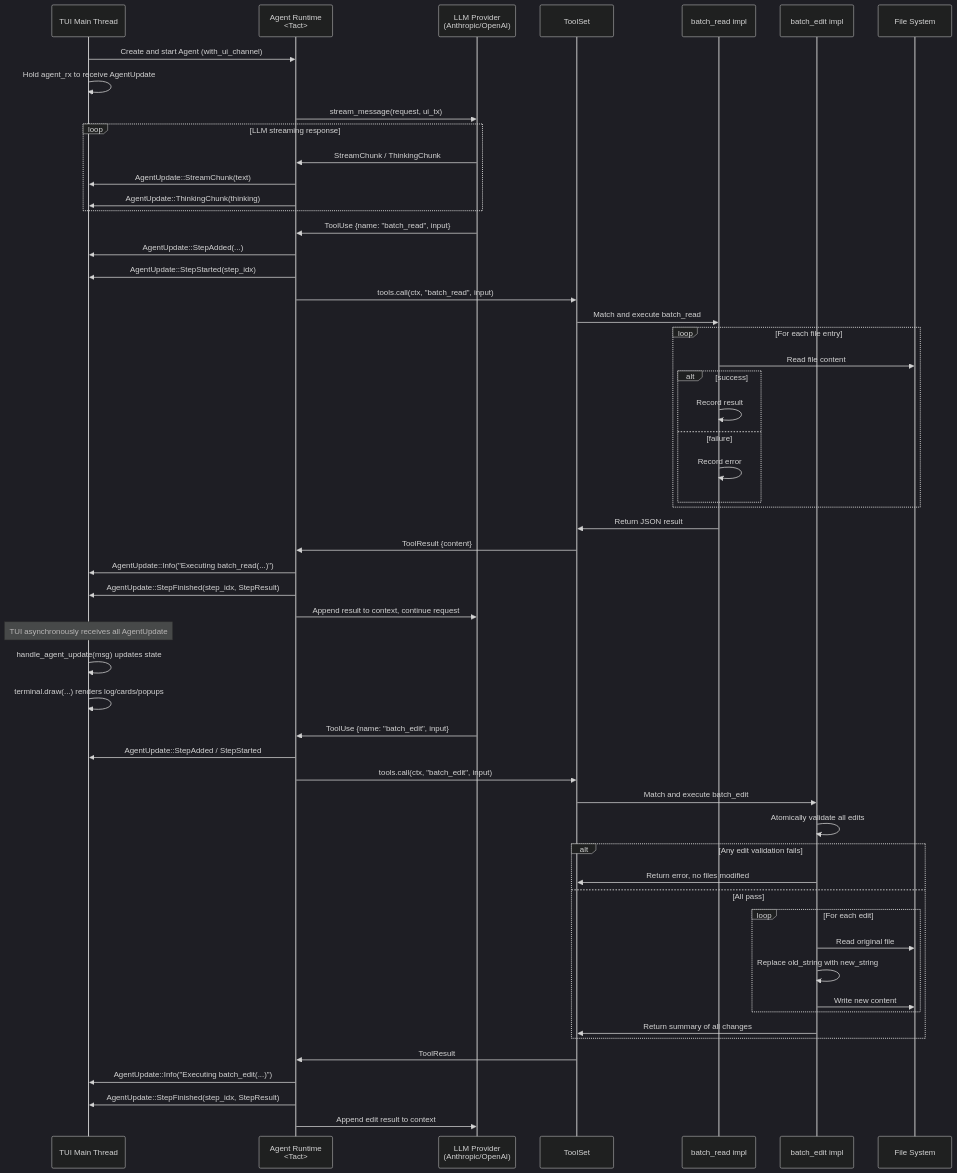
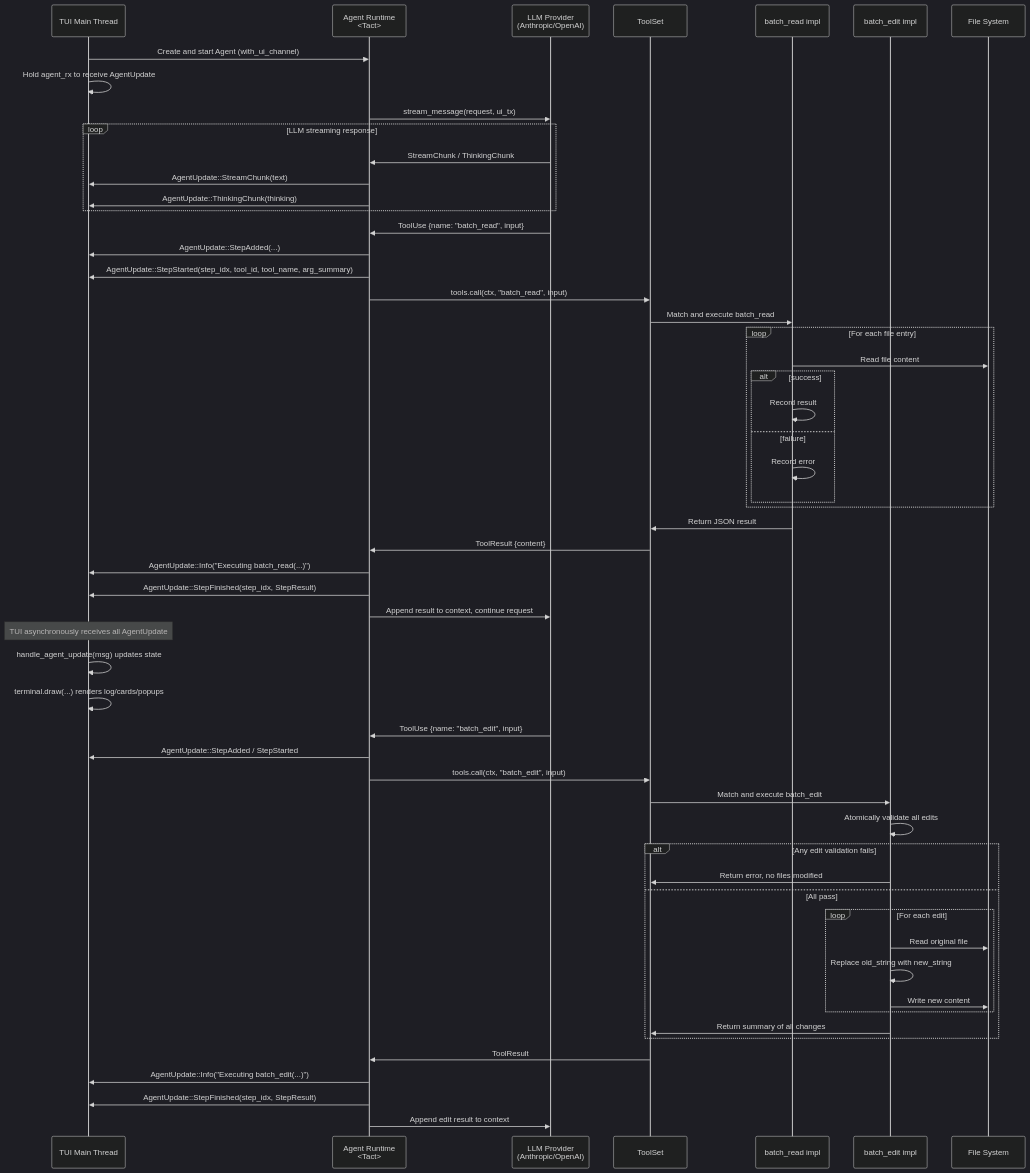
Before and after one commit to rust-infra/tact: the first of 6 diagrams in docs/batch_tools_flow.md, drawn with Mermaid (dark theme). The commit also changed other lines of this file and 10 other files, not shown here.

````diff
--- a/docs/batch_tools_flow.md
+++ b/docs/batch_tools_flow.md
@@ -11,73 +12,73 @@
 ```mermaid
 sequenceDiagram
     participant TUI as TUI Main Thread
     participant Agent as Agent Runtime<br/><Tact>
     participant LLM as LLM Provider<br/>(Anthropic/OpenAI)
     participant Toolset as ToolSet
     participant BatchRead as batch_read impl
     participant BatchEdit as batch_edit impl
     participant FS as File System
 
     TUI->>Agent: Create and start Agent (with_ui_channel)
     TUI->>TUI: Hold agent_rx to receive AgentUpdate
 
     Agent->>LLM: stream_message(request, ui_tx)
 
     loop LLM streaming response
         LLM->>Agent: StreamChunk / ThinkingChunk
         Agent->>TUI: AgentUpdate::StreamChunk(text)
         Agent->>TUI: AgentUpdate::ThinkingChunk(thinking)
     end
 
     LLM->>Agent: ToolUse {name: "batch_read", input}
     Agent->>TUI: AgentUpdate::StepAdded(...)
-    Agent->>TUI: AgentUpdate::StepStarted(step_idx)
+    Agent->>TUI: AgentUpdate::StepStarted(step_idx, tool_id, tool_name, arg_summary)
 
     Agent->>Toolset: tools.call(ctx, "batch_read", input)
     Toolset->>BatchRead: Match and execute batch_read
 
     loop For each file entry
         BatchRead->>FS: Read file content
         alt success
             BatchRead->>BatchRead: Record result
         else failure
             BatchRead->>BatchRead: Record error
         end
     end
 
     BatchRead->>Toolset: Return JSON result
     Toolset->>Agent: ToolResult {content}
 
     Agent->>TUI: AgentUpdate::Info("Executing batch_read(...)")
     Agent->>TUI: AgentUpdate::StepFinished(step_idx, StepResult)
 
     Agent->>LLM: Append result to context, continue request
 
     Note over TUI: TUI asynchronously receives all AgentUpdate
     TUI->>TUI: handle_agent_update(msg) updates state
     TUI->>TUI: terminal.draw(...) renders log/cards/popups
 
     LLM->>Agent: ToolUse {name: "batch_edit", input}
     Agent->>TUI: AgentUpdate::StepAdded / StepStarted
     Agent->>Toolset: tools.call(ctx, "batch_edit", input)
     Toolset->>BatchEdit: Match and execute batch_edit
 
     BatchEdit->>BatchEdit: Atomically validate all edits
 
     alt Any edit validation fails
         BatchEdit->>Toolset: Return error, no files modified
     else All pass
         loop For each edit
             BatchEdit->>FS: Read original file
             BatchEdit->>BatchEdit: Replace old_string with new_string
             BatchEdit->>FS: Write new content
         end
         BatchEdit->>Toolset: Return summary of all changes
     end
 
     Toolset->>Agent: ToolResult
     Agent->>TUI: AgentUpdate::Info("Executing batch_edit(...)")
     Agent->>TUI: AgentUpdate::StepFinished(step_idx, StepResult)
 
     Agent->>LLM: Append edit result to context
 ```
````
